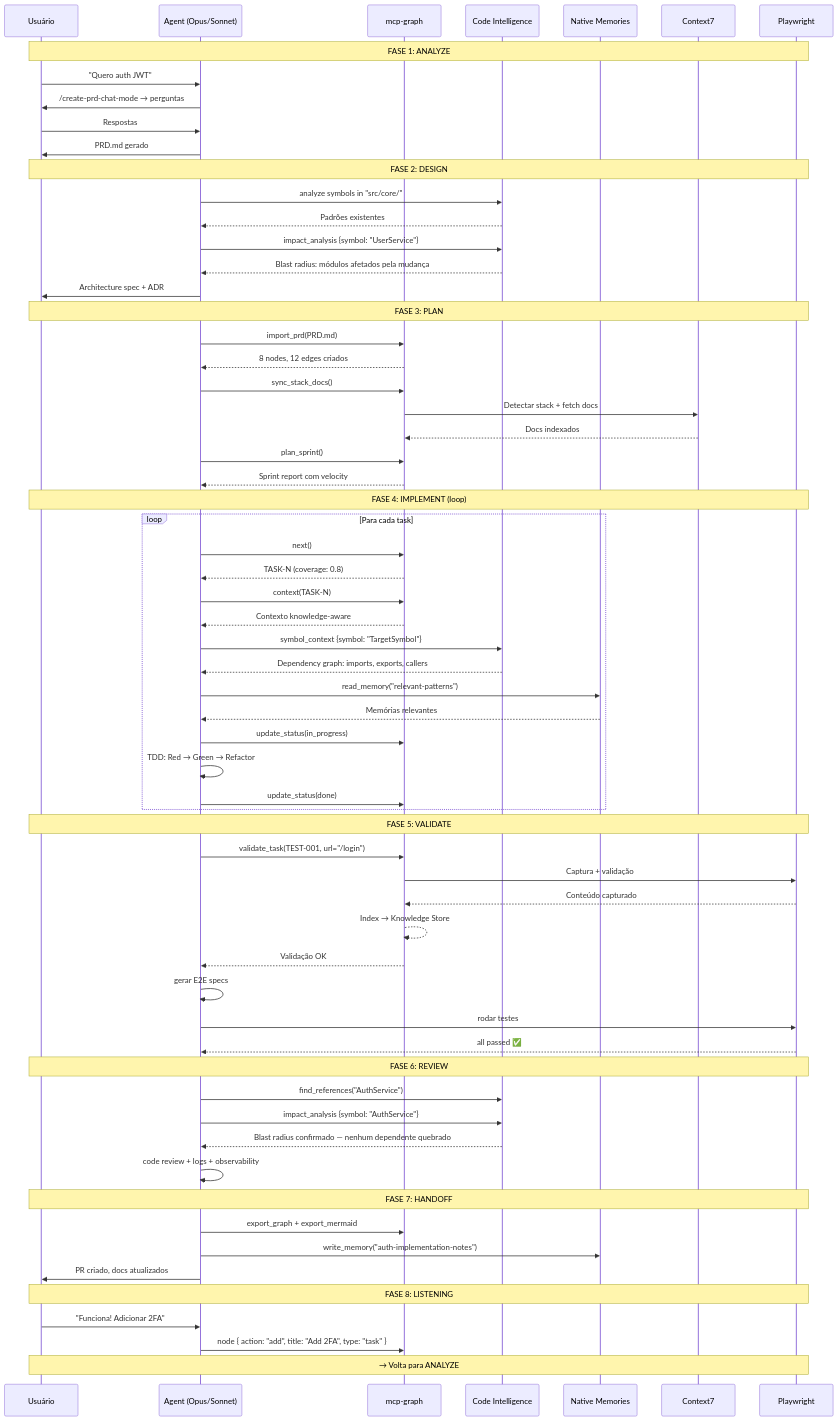
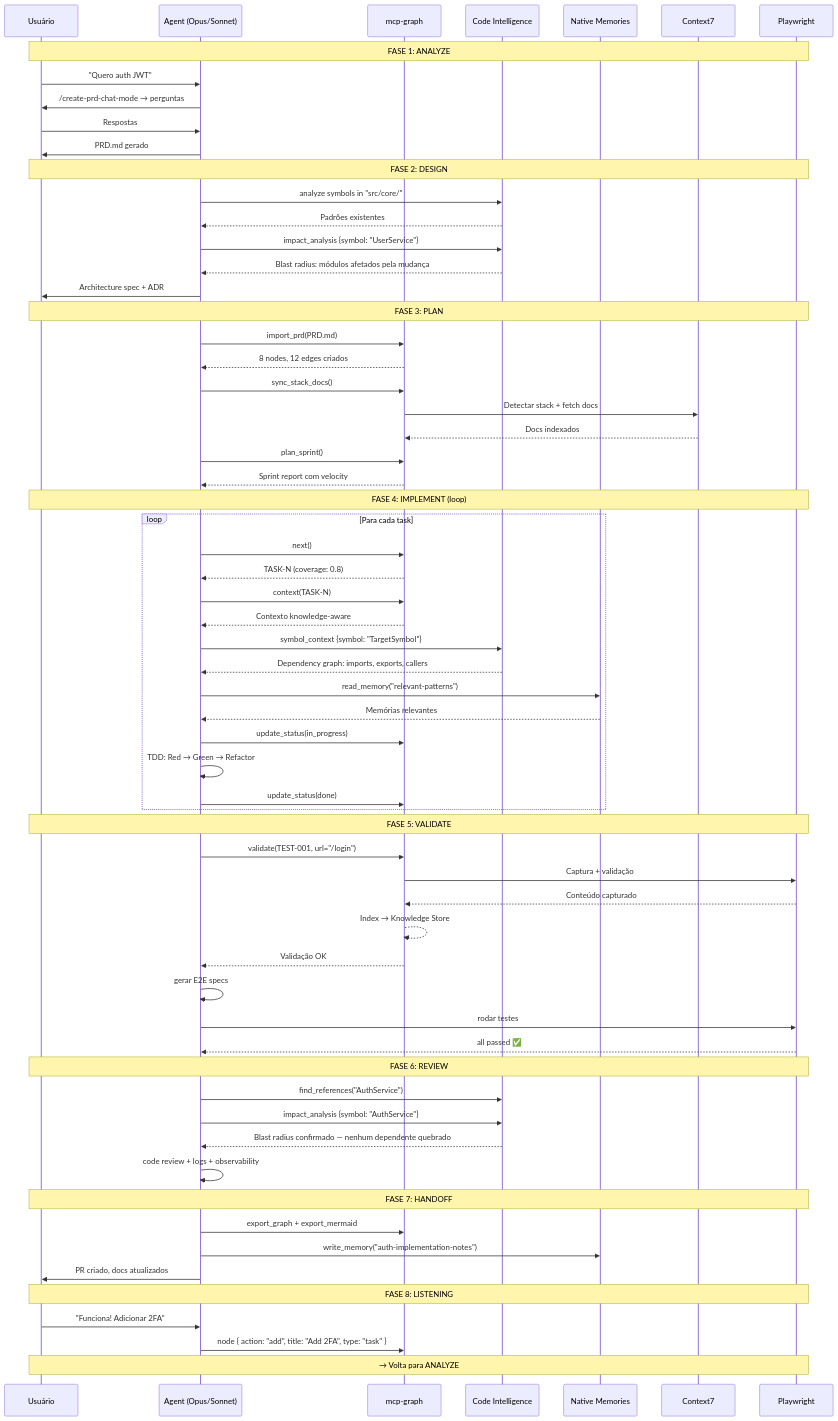
Before and after one commit to sraphaz/mcp-graph-workflow: diagram 18 of 20 in docs/reference/LIFECYCLE.md, drawn with Mermaid. The commit also changed other lines of this file and 170 other files, not shown here.

````diff
--- a/docs/reference/LIFECYCLE.md
+++ b/docs/reference/LIFECYCLE.md
@@ -821,73 +821,73 @@
 ```mermaid
 sequenceDiagram
     participant U as Usuário
     participant A as Agent (Opus/Sonnet)
     participant MCP as mcp-graph
     participant CI as Code Intelligence
     participant Mem as Native Memories
     participant C7 as Context7
     participant PW as Playwright
 
     Note over U,PW: FASE 1: ANALYZE
     U->>A: "Quero auth JWT"
     A->>U: /create-prd-chat-mode → perguntas
     U->>A: Respostas
     A->>U: PRD.md gerado
 
     Note over U,PW: FASE 2: DESIGN
     A->>CI: analyze symbols in "src/core/"
     CI-->>A: Padrões existentes
     A->>CI: impact_analysis {symbol: "UserService"}
     CI-->>A: Blast radius: módulos afetados pela mudança
     A->>U: Architecture spec + ADR
 
     Note over U,PW: FASE 3: PLAN
     A->>MCP: import_prd(PRD.md)
     MCP-->>A: 8 nodes, 12 edges criados
     A->>MCP: sync_stack_docs()
     MCP->>C7: Detectar stack + fetch docs
     C7-->>MCP: Docs indexados
     A->>MCP: plan_sprint()
     MCP-->>A: Sprint report com velocity
 
     Note over U,PW: FASE 4: IMPLEMENT (loop)
     loop Para cada task
         A->>MCP: next()
         MCP-->>A: TASK-N (coverage: 0.8)
         A->>MCP: context(TASK-N)
         MCP-->>A: Contexto knowledge-aware
         A->>CI: symbol_context {symbol: "TargetSymbol"}
         CI-->>A: Dependency graph: imports, exports, callers
         A->>Mem: read_memory("relevant-patterns")
         Mem-->>A: Memórias relevantes
         A->>MCP: update_status(in_progress)
         A->>A: TDD: Red → Green → Refactor
         A->>MCP: update_status(done)
     end
 
     Note over U,PW: FASE 5: VALIDATE
-    A->>MCP: validate_task(TEST-001, url="/login")
+    A->>MCP: validate(TEST-001, url="/login")
     MCP->>PW: Captura + validação
     PW-->>MCP: Conteúdo capturado
     MCP-->>MCP: Index → Knowledge Store
     MCP-->>A: Validação OK
     A->>A: gerar E2E specs
     A->>PW: rodar testes
     PW-->>A: all passed ✅
 
     Note over U,PW: FASE 6: REVIEW
     A->>CI: find_references("AuthService")
     A->>CI: impact_analysis {symbol: "AuthService"}
     CI-->>A: Blast radius confirmado — nenhum dependente quebrado
     A->>A: code review + logs + observability
 
     Note over U,PW: FASE 7: HANDOFF
     A->>MCP: export_graph + export_mermaid
     A->>Mem: write_memory("auth-implementation-notes")
     A->>U: PR criado, docs atualizados
 
     Note over U,PW: FASE 8: LISTENING
     U->>A: "Funciona! Adicionar 2FA"
     A->>MCP: node { action: "add", title: "Add 2FA", type: "task" }
     Note over U,PW: → Volta para ANALYZE
 ```
````
